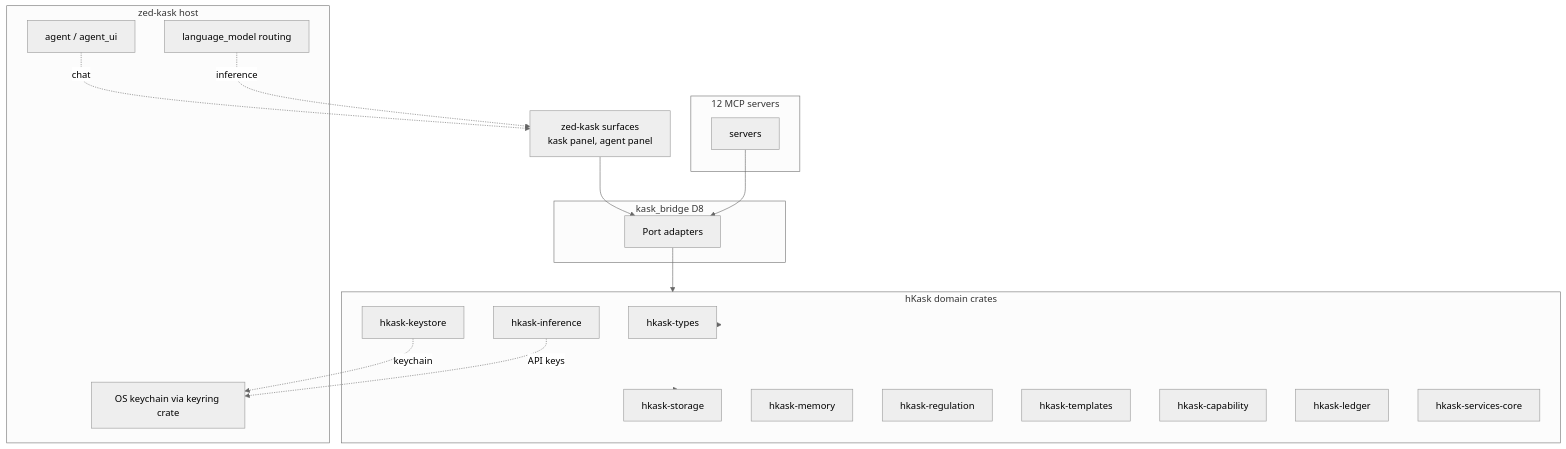
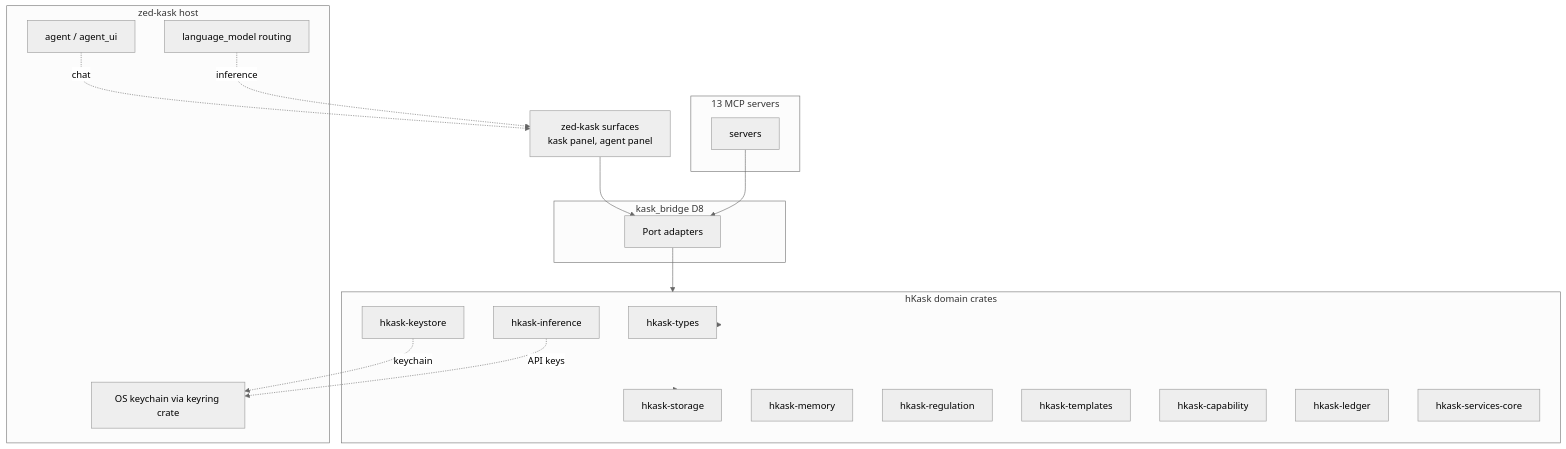
Before and after one commit to mdz-axo/zed-kask: the diagram in kask/docs/architecture/core/MDS.md, drawn with Mermaid (neutral theme). The commit also changed other lines of this file and 11 other files, not shown here.

````diff
--- a/kask/docs/architecture/core/MDS.md
+++ b/kask/docs/architecture/core/MDS.md
@@ -536,37 +536,37 @@
 ```mermaid
 graph TD
     ZEDSURF["zed-kask surfaces<br/>kask panel, agent panel"]
     subgraph BRIDGE["kask_bridge D8"]
         ADAPT["Port adapters"]
     end
-    subgraph MCP["12 MCP servers"]
+    subgraph MCP["13 MCP servers"]
         MSRV[servers]
     end
     subgraph HKASK["hKask domain crates"]
         TYPES[hkask-types]
         STORE[hkask-storage]
         MEM[hkask-memory]
         REG[hkask-regulation]
         TEMPLATES[hkask-templates]
         CAP[hkask-capability]
         KS[hkask-keystore]
         LEDGER[hkask-ledger]
         INF[hkask-inference]
         SVCCORE[hkask-services-core]
     end
     subgraph ZED["zed-kask host"]
         CRED[OS keychain via keyring crate]
         LM[language_model routing]
         AGENT[agent / agent_ui]
     end
 
     ZEDSURF --> ADAPT
     MSRV --> ADAPT
     ADAPT --> HKASK
     KS -.->|keychain| CRED
     INF -.->|API keys| CRED
     HKASK --> TYPES
     HKASK --> STORE
     AGENT -.->|chat| ZEDSURF
     LM -.->|inference| ZEDSURF
 ```
````
